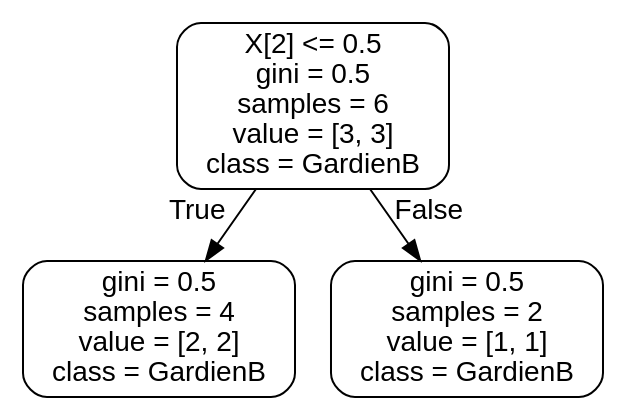
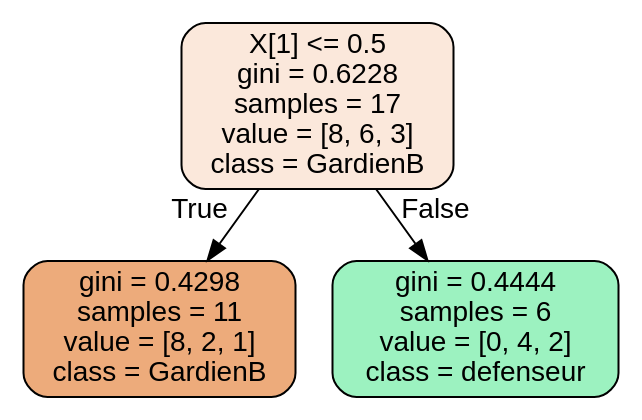
The diagram in test_arbre.dot (exRivalis/SoccerSimulator), drawn with Graphviz before and after one commit. The commit also changed 3 other files, not shown here.

```diff
--- a/test_arbre.dot
+++ b/test_arbre.dot
@@ -1,9 +1,9 @@
 digraph Tree {
 node [shape=box, style="filled, rounded", color="black", fontname=helvetica] ;
 edge [fontname=helvetica] ;
-0 [label="X[2] <= 0.5\ngini = 0.5\nsamples = 6\nvalue = [3, 3]\nclass = GardienB", fillcolor="#e5813900"] ;
-1 [label="gini = 0.5\nsamples = 4\nvalue = [2, 2]\nclass = GardienB", fillcolor="#e5813900"] ;
+0 [label="X[1] <= 0.5\ngini = 0.6228\nsamples = 17\nvalue = [8, 6, 3]\nclass = GardienB", fillcolor="#e581392e"] ;
+1 [label="gini = 0.4298\nsamples = 11\nvalue = [8, 2, 1]\nclass = GardienB", fillcolor="#e58139aa"] ;
 0 -> 1 [labeldistance=2.5, labelangle=45, headlabel="True"] ;
-2 [label="gini = 0.5\nsamples = 2\nvalue = [1, 1]\nclass = GardienB", fillcolor="#e5813900"] ;
+2 [label="gini = 0.4444\nsamples = 6\nvalue = [0, 4, 2]\nclass = defenseur", fillcolor="#39e5817f"] ;
 0 -> 2 [labeldistance=2.5, labelangle=-45, headlabel="False"] ;
 }
```
